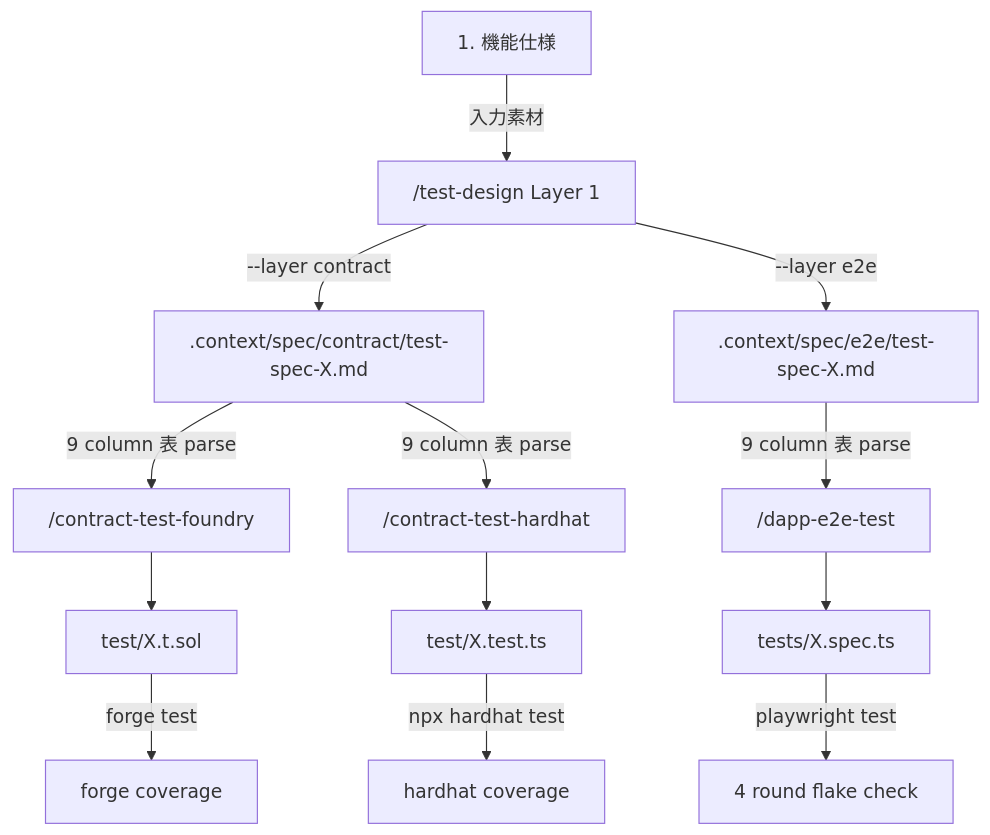
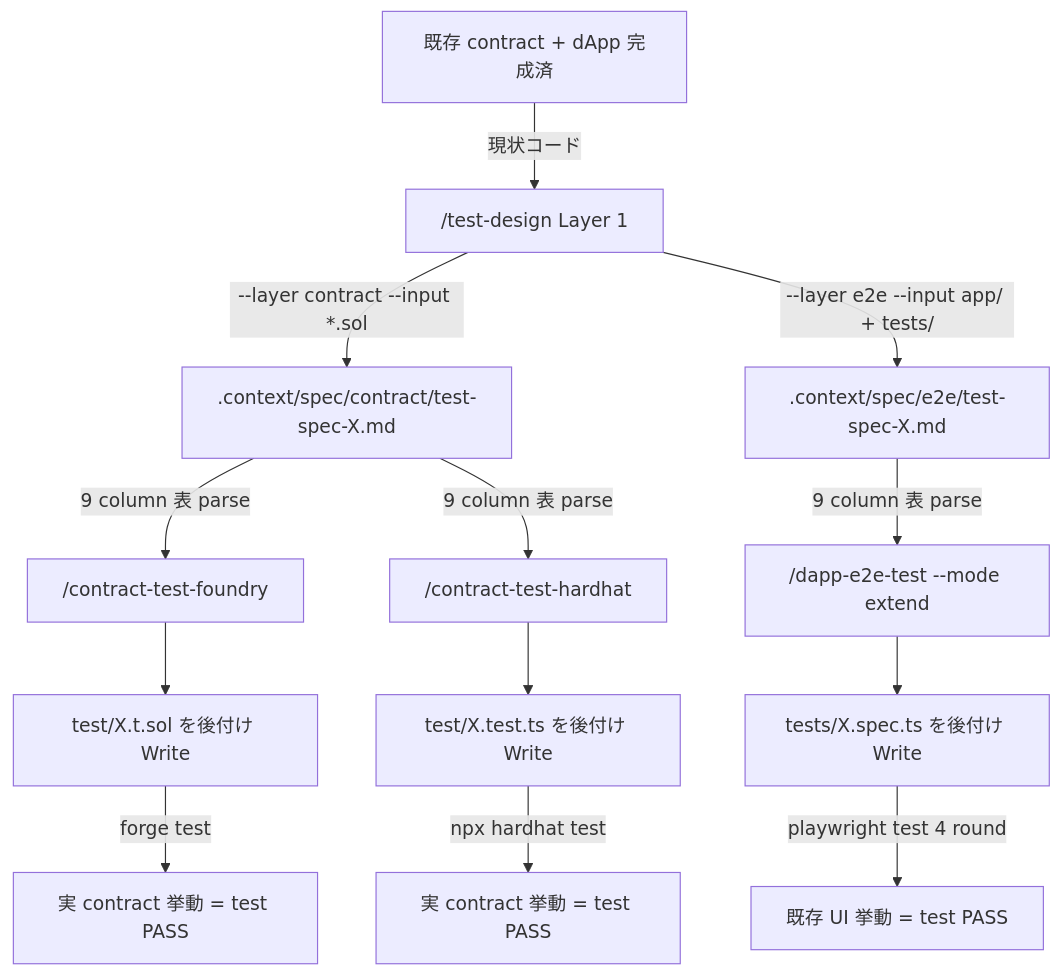
The diagram in docs/ja/cookbook/test-design-flow.md (cardene777/kiwa), drawn with Mermaid before and after one commit. The commit also changed other lines of this file and 4 other files, not shown here.

````diff
--- a/docs/ja/cookbook/test-design-flow.md
+++ b/docs/ja/cookbook/test-design-flow.md
@@ -9,15 +11,15 @@
 ```mermaid
 graph TD
-    A[1. 機能仕様] -->|入力素材| B["/test-design Layer 1"]
-    B -->|--layer contract| C[.context/spec/contract/test-spec-X.md]
-    B -->|--layer e2e| D[.context/spec/e2e/test-spec-X.md]
+    A[既存 contract + dApp 完成済] -->|現状コード| B["/test-design Layer 1"]
+    B -->|--layer contract --input *.sol| C[.context/spec/contract/test-spec-X.md]
+    B -->|--layer e2e --input app/ + tests/| D[.context/spec/e2e/test-spec-X.md]
     C -->|9 column 表 parse| E["/contract-test-foundry"]
     C -->|9 column 表 parse| F["/contract-test-hardhat"]
-    D -->|9 column 表 parse| G["/dapp-e2e-test"]
-    E --> H[test/X.t.sol]
-    F --> I[test/X.test.ts]
-    G --> J[tests/X.spec.ts]
-    H -->|forge test| K[forge coverage]
-    I -->|npx hardhat test| L[hardhat coverage]
-    J -->|playwright test| M[4 round flake check]
+    D -->|9 column 表 parse| G["/dapp-e2e-test --mode extend"]
+    E --> H[test/X.t.sol を後付け Write]
+    F --> I[test/X.test.ts を後付け Write]
+    G --> J[tests/X.spec.ts を後付け Write]
+    H -->|forge test| K[実 contract 挙動 = test PASS]
+    I -->|npx hardhat test| L[実 contract 挙動 = test PASS]
+    J -->|playwright test 4 round| M[既存 UI 挙動 = test PASS]
 ```
````
